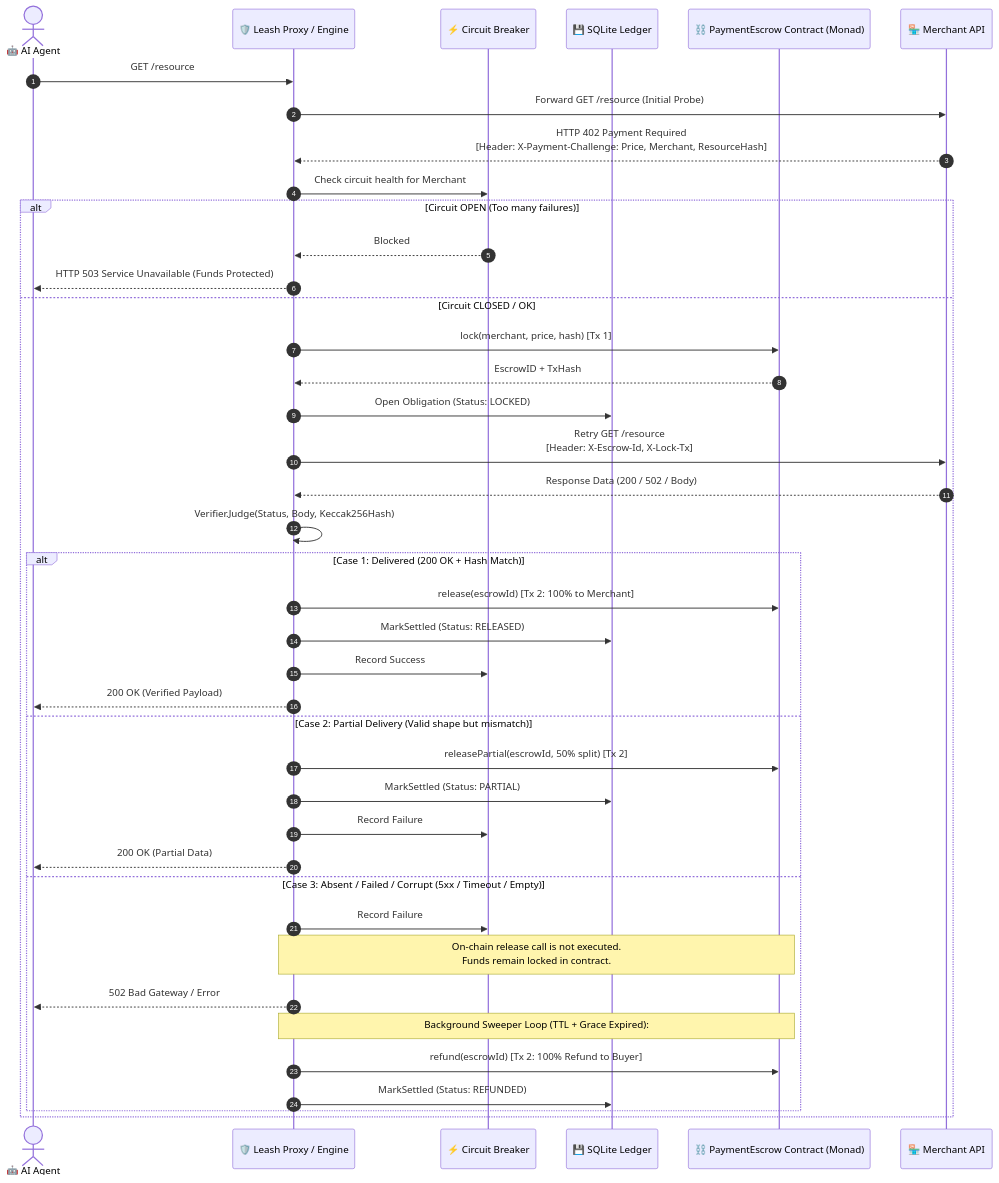
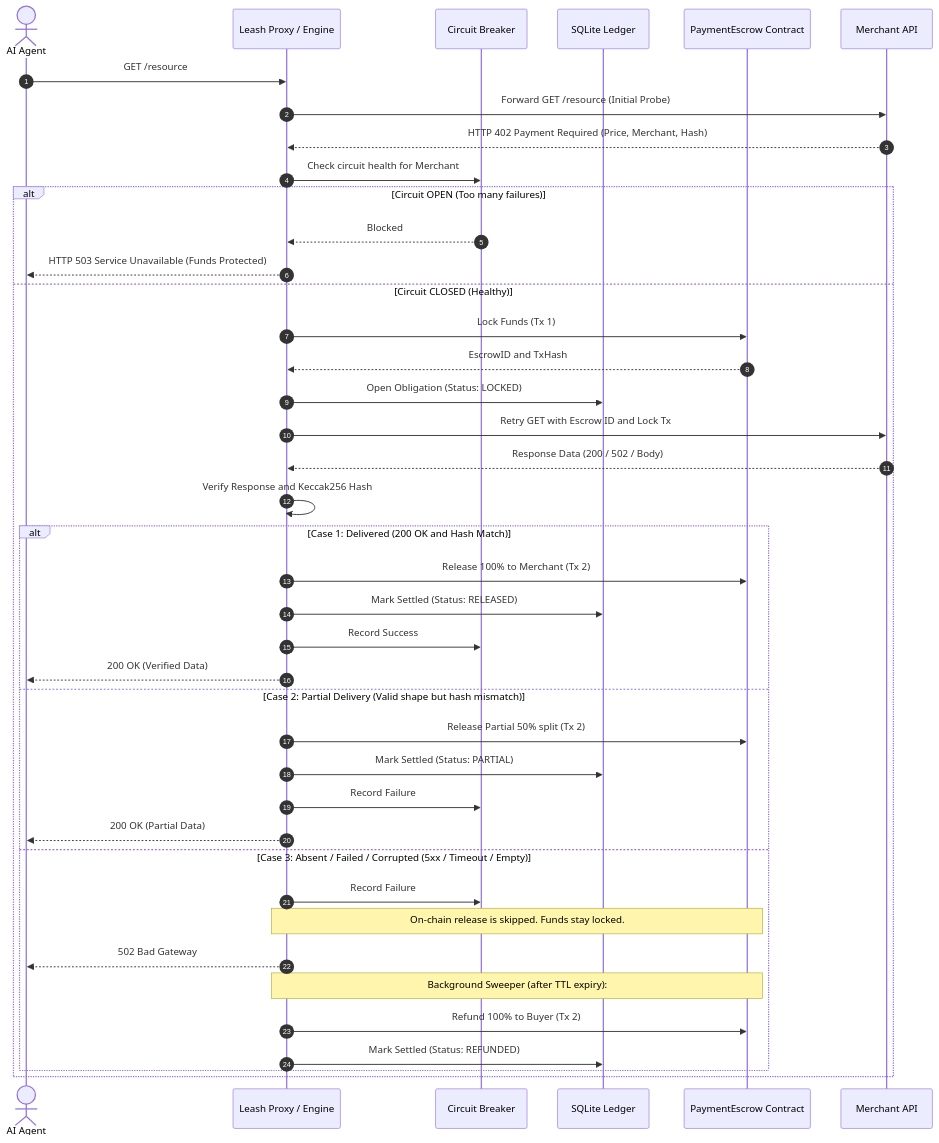
Before and after one commit to A1kartikey/leash: the second of 2 diagrams in ARCHITECTURE.md, drawn with Mermaid. The commit also changed other lines of this file, not shown here.

Commit message:
fix(docs): resolve GitHub Mermaid diagram parse errors in ARCHITECTURE.md

````diff
--- a/ARCHITECTURE.md
+++ b/ARCHITECTURE.md
@@ -57,51 +57,51 @@
 ```mermaid
 sequenceDiagram
     autonumber
-    actor Agent as 🤖 AI Agent
-    participant Leash as 🛡️ Leash Proxy / Engine
-    participant Breaker as ⚡ Circuit Breaker
-    participant Ledger as 💾 SQLite Ledger
-    participant Chain as ⛓️ PaymentEscrow Contract (Monad)
-    participant Merchant as 🏪 Merchant API
+    actor Agent as AI Agent
+    participant Leash as Leash Proxy / Engine
+    participant Breaker as Circuit Breaker
+    participant Ledger as SQLite Ledger
+    participant Chain as PaymentEscrow Contract
+    participant Merchant as Merchant API
 
     Agent->>Leash: GET /resource
     Leash->>Merchant: Forward GET /resource (Initial Probe)
-    Merchant-->>Leash: HTTP 402 Payment Required<br/>[Header: X-Payment-Challenge: Price, Merchant, ResourceHash]
+    Merchant-->>Leash: HTTP 402 Payment Required (Price, Merchant, Hash)
     
     Leash->>Breaker: Check circuit health for Merchant
     alt Circuit OPEN (Too many failures)
         Breaker-->>Leash: Blocked
         Leash-->>Agent: HTTP 503 Service Unavailable (Funds Protected)
-    else Circuit CLOSED / OK
-        Leash->>Chain: lock(merchant, price, hash) [Tx 1]
-        Chain-->>Leash: EscrowID + TxHash
+    else Circuit CLOSED (Healthy)
+        Leash->>Chain: Lock Funds (Tx 1)
+        Chain-->>Leash: EscrowID and TxHash
         Leash->>Ledger: Open Obligation (Status: LOCKED)
         
-        Leash->>Merchant: Retry GET /resource<br/>[Header: X-Escrow-Id, X-Lock-Tx]
+        Leash->>Merchant: Retry GET with Escrow ID and Lock Tx
         Merchant-->>Leash: Response Data (200 / 502 / Body)
         
-        Leash->>Leash: Verifier.Judge(Status, Body, Keccak256Hash)
+        Leash->>Leash: Verify Response and Keccak256 Hash
 
-        alt Case 1: Delivered (200 OK + Hash Match)
-            Leash->>Chain: release(escrowId) [Tx 2: 100% to Merchant]
-            Leash->>Ledger: MarkSettled (Status: RELEASED)
+        alt Case 1: Delivered (200 OK and Hash Match)
+            Leash->>Chain: Release 100% to Merchant (Tx 2)
+            Leash->>Ledger: Mark Settled (Status: RELEASED)
             Leash->>Breaker: Record Success
-            Leash-->>Agent: 200 OK (Verified Payload)
+            Leash-->>Agent: 200 OK (Verified Data)
             
-        else Case 2: Partial Delivery (Valid shape but mismatch)
-            Leash->>Chain: releasePartial(escrowId, 50% split) [Tx 2]
-            Leash->>Ledger: MarkSettled (Status: PARTIAL)
+        else Case 2: Partial Delivery (Valid shape but hash mismatch)
+            Leash->>Chain: Release Partial 50% split (Tx 2)
+            Leash->>Ledger: Mark Settled (Status: PARTIAL)
             Leash->>Breaker: Record Failure
             Leash-->>Agent: 200 OK (Partial Data)
             
-        else Case 3: Absent / Failed / Corrupt (5xx / Timeout / Empty)
+        else Case 3: Absent / Failed / Corrupted (5xx / Timeout / Empty)
             Leash->>Breaker: Record Failure
-            Note over Leash,Chain: On-chain release call is not executed.<br/>Funds remain locked in contract.
-            Leash-->>Agent: 502 Bad Gateway / Error
+            Note over Leash,Chain: On-chain release is skipped. Funds stay locked.
+            Leash-->>Agent: 502 Bad Gateway
             
-            Note over Leash,Chain: Background Sweeper Loop (TTL + Grace Expired):
-            Leash->>Chain: refund(escrowId) [Tx 2: 100% Refund to Buyer]
-            Leash->>Ledger: MarkSettled (Status: REFUNDED)
+            Note over Leash,Chain: Background Sweeper (after TTL expiry):
+            Leash->>Chain: Refund 100% to Buyer (Tx 2)
+            Leash->>Ledger: Mark Settled (Status: REFUNDED)
         end
     end
 ```
````
